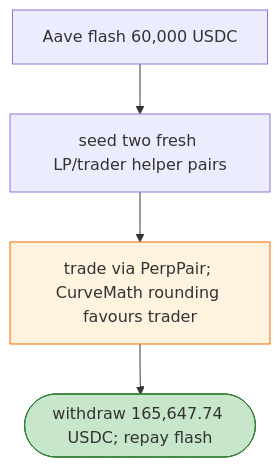
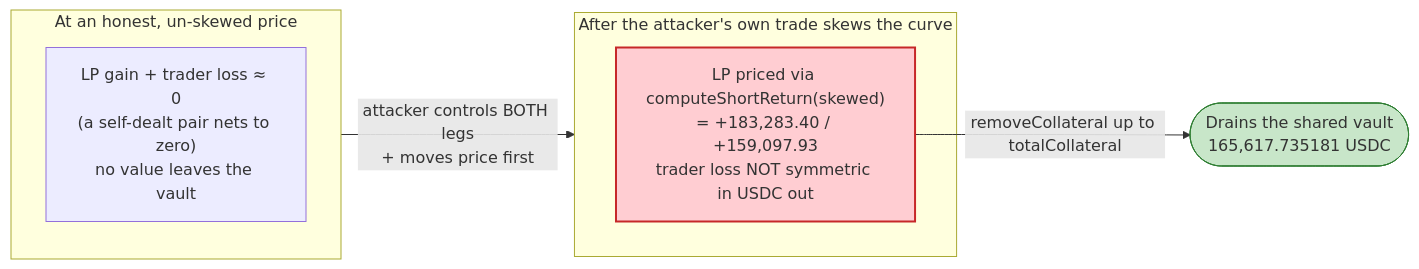
One commit to sanbir/evm-hack-registry changed the fourth of 4 diagrams in 2026-04-PerpPair_exp/PerpPair_exp.md. Above: the diagram before and after it, drawn with Mermaid. The commit also changed other lines of this file and 32 other files, not shown here.

````diff
--- a/2026-04-PerpPair_exp/PerpPair_exp.md
+++ b/2026-04-PerpPair_exp/PerpPair_exp.md
@@ -39,9 +421,14 @@
 ```mermaid
-flowchart TD
-    FL["Aave flash 60,000 USDC"] --> SEED["seed two fresh LP/trader helper pairs"]
-    SEED --> TR["trade via PerpPair; CurveMath rounding favours trader"]
-    TR --> OUT(["withdraw 165,647.74 USDC; repay flash"])
+flowchart LR
+    subgraph Honest["At an honest, un-skewed price"]
+        H["LP gain + trader loss ≈ 0<br/>(a self-dealt pair nets to zero)<br/>no value leaves the vault"]
+    end
+    subgraph Attack["After the attacker's own trade skews the curve"]
+        Aa["LP priced via computeShortReturn(skewed)<br/>= +183,283.40 / +159,097.93<br/>trader loss NOT symmetric in USDC out"]
+    end
+    Honest -->|"attacker controls BOTH legs<br/>+ moves price first"| Attack
+    Aa -->|"removeCollateral up to totalCollateral"| Out(["Drains the shared vault<br/>165,617.735181 USDC"])
 
-    style TR fill:#fff3e0,stroke:#ef6c00
-    style OUT fill:#c8e6c9,stroke:#2e7d32
+    style Aa fill:#ffcdd2,stroke:#c62828,stroke-width:2px
+    style Out fill:#c8e6c9,stroke:#2e7d32
 ```
````
